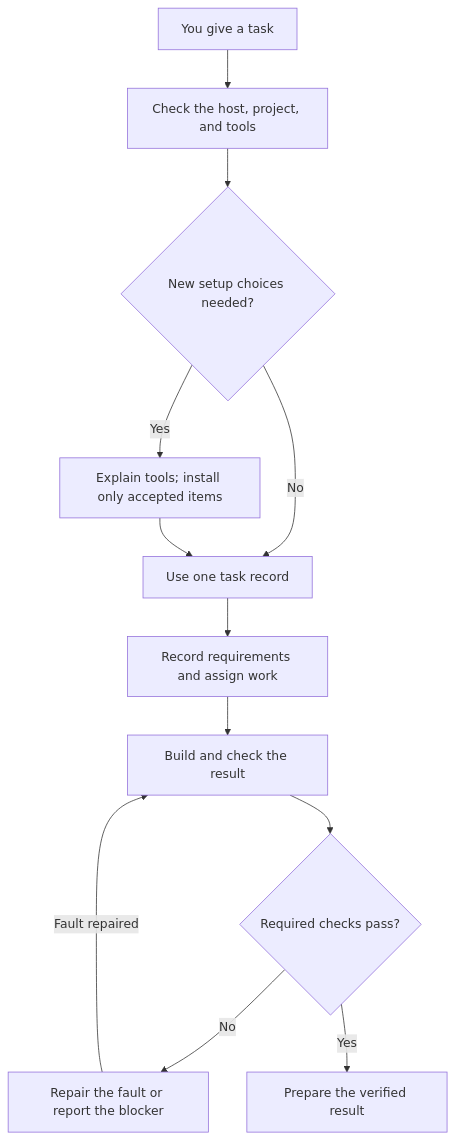
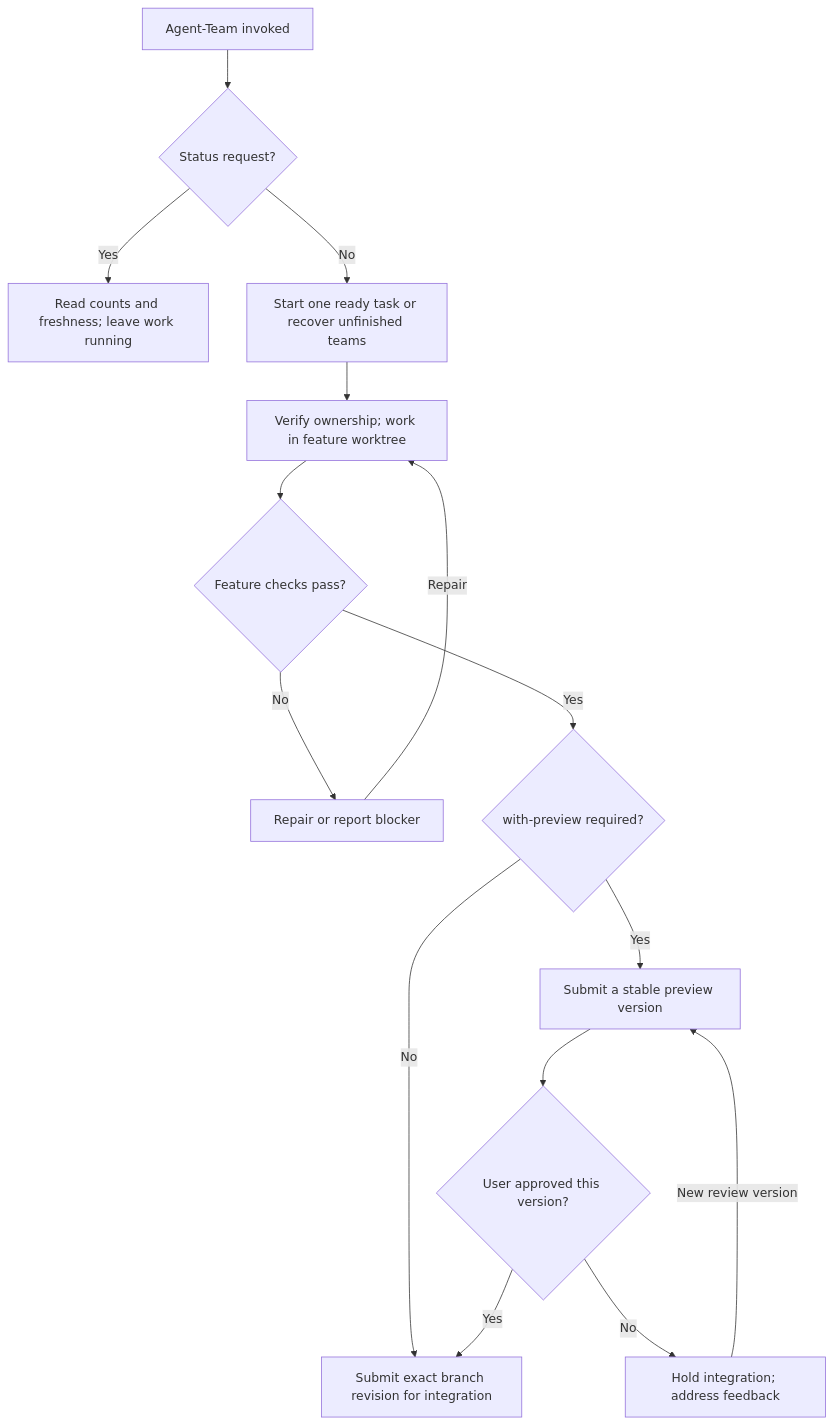
One commit to thebpandey/agent-team changed the diagram in assets/diagrams/setup-development.mmd. Above: the diagram before and after it, drawn with Mermaid. The commit also changed 26 other files, not shown here.

Commit message:
feat: release Agent-Team 6.0.0 with named teams, resume, status, preview approval, and required cleanup

```diff
--- a/assets/diagrams/setup-development.mmd
+++ b/assets/diagrams/setup-development.mmd
@@ -1,12 +1,15 @@
 flowchart TD
-    A["You give a task"] --> B["Check the host, project, and tools"]
-    B --> C{"New setup choices needed?"}
-    C -->|Yes| D["Explain tools; install only accepted items"]
-    C -->|No| E["Use one task record"]
-    D --> E
-    E --> F["Record requirements and assign work"]
-    F --> G["Build and check the result"]
-    G --> H{"Required checks pass?"}
-    H -->|No| I["Repair the fault or report the blocker"]
-    I -->|Fault repaired| G
-    H -->|Yes| J["Prepare the verified result"]
+    A["Agent-Team invoked"] --> B{"Status request?"}
+    B -->|Yes| C["Read counts and freshness; leave work running"]
+    B -->|No| D["Start one ready task or recover unfinished teams"]
+    D --> E["Verify ownership; work in feature worktree"]
+    E --> F{"Feature checks pass?"}
+    F -->|No| G["Repair or report blocker"]
+    G -->|Repair| E
+    F -->|Yes| H{"with-preview required?"}
+    H -->|No| L["Submit exact branch revision for integration"]
+    H -->|Yes| I["Submit a stable preview version"]
+    I --> J{"User approved this version?"}
+    J -->|No| K["Hold integration; address feedback"]
+    K -->|New review version| I
+    J -->|Yes| L
```
